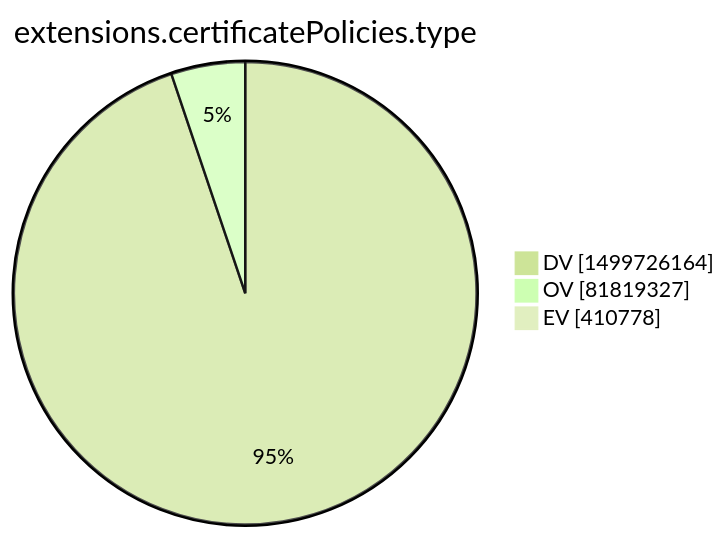
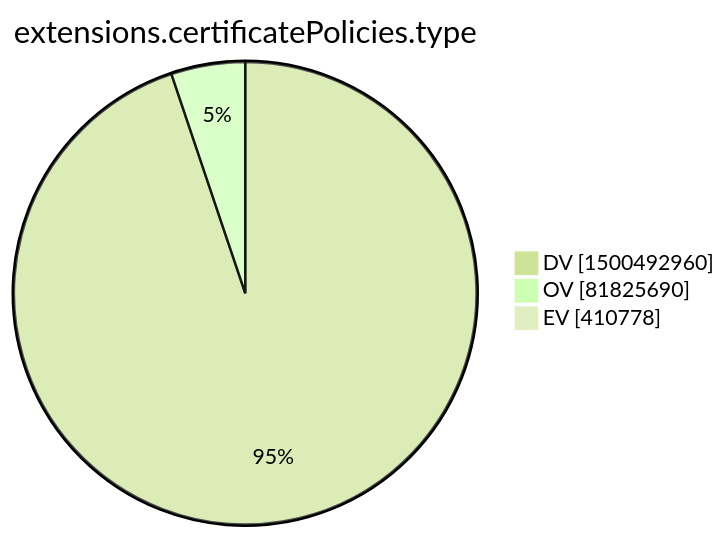
The tenth of 15 diagrams in xenon2022/README.md (christiankrug/ctmonitor_visualization), drawn with Mermaid (forest theme) before and after one commit. The commit also changed other lines of this file, not shown here.

````diff
--- a/xenon2022/README.md
+++ b/xenon2022/README.md
@@ -2874,7 +2874,7 @@
 ```mermaid
 pie showData
 title extensions.certificatePolicies.type
-"DV" :1499726164
-"OV" :81819327
+"DV" :1500492960
+"OV" :81825690
 "EV" :410778
 ```
````
